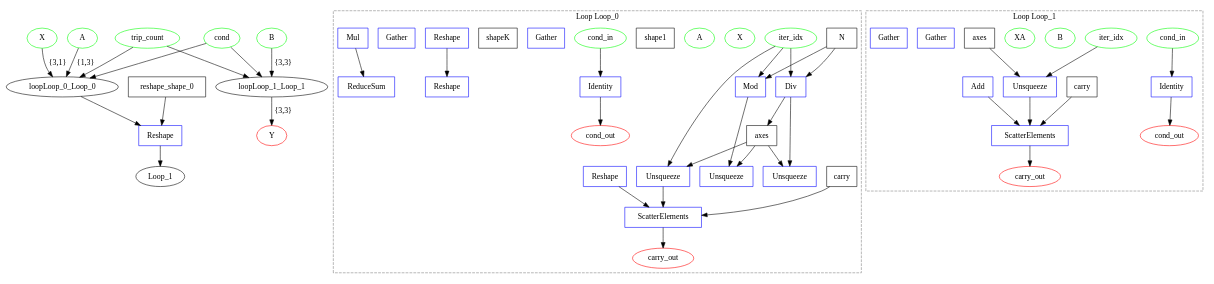
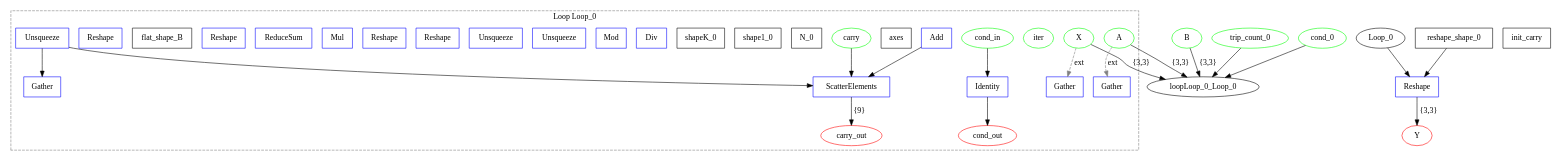
One commit to specs-feup/onnx-flow changed the diagram in examples/onnx/matmuladd_test.dot. Above: the diagram before and after it, drawn with Graphviz. The commit also changed 17 other files, not shown here.

```diff
--- a/examples/onnx/matmuladd_test.dot
+++ b/examples/onnx/matmuladd_test.dot
@@ -1,102 +1,63 @@
 digraph {
   graph [compound=true];
   X [label=X shape=ellipse color="#00FF00"];
   A [label=A shape=ellipse color="#00FF00"];
   B [label=B shape=ellipse color="#00FF00"];
-  Y [label=Y shape=ellipse color="#FF0000"];
-  Reshape_0 -> Loop_1 [label=""];
-  trip_count [label=trip_count shape=ellipse color="#00FF00"];
-  cond [label=cond shape=ellipse color="#00FF00"];
+  reshape_0 [label=Reshape shape=box color="#0000FF"];
+  Loop_0 -> reshape_0 [label=""];
+  reshape_shape_0 [label=reshape_shape_0 shape=box];
+  trip_count_0 [label=trip_count_0 shape=ellipse color="#00FF00"];
+  cond_0 [label=cond_0 shape=ellipse color="#00FF00"];
+  init_carry [label=init_carry shape=box];
   subgraph cluster_loop_Loop_0 {
     graph [rankdir=LR compound=true];
-    loopLoop_0_iter_idx [label=iter_idx shape=ellipse color="#00FF00"];
+    loopLoop_0_iter [label=iter shape=ellipse color="#00FF00"];
     loopLoop_0_cond_in [label=cond_in shape=ellipse color="#00FF00"];
-    loopLoop_0_carry [label=carry shape=box];
-    loopLoop_0_X [label=X shape=ellipse color="#00FF00"];
-    loopLoop_0_A [label=A shape=ellipse color="#00FF00"];
+    loopLoop_0_carry [label=carry shape=ellipse color="#00FF00"];
     loopLoop_0_axes [label=axes shape=box];
-    loopLoop_0_idx_unsq [label=Unsqueeze shape=box color="#0000FF"];
-    loopLoop_0_shape1 [label=shape1 shape=box];
-    loopLoop_0_N [label=N shape=box];
-    loopLoop_0_row [label=Div shape=box color="#0000FF"];
-    loopLoop_0_col [label=Mod shape=box color="#0000FF"];
-    loopLoop_0_rowU [label=Unsqueeze shape=box color="#0000FF"];
-    loopLoop_0_colU [label=Unsqueeze shape=box color="#0000FF"];
-    loopLoop_0_A_row [label=Gather shape=box color="#0000FF"];
-    loopLoop_0_shapeK [label=shapeK shape=box];
-    loopLoop_0_A_vec [label=Reshape shape=box color="#0000FF"];
-    loopLoop_0_B_col [label=Gather shape=box color="#0000FF"];
-    loopLoop_0_B_vec [label=Reshape shape=box color="#0000FF"];
-    loopLoop_0_prod [label=Mul shape=box color="#0000FF"];
-    loopLoop_0_dot [label=ReduceSum shape=box color="#0000FF"];
-    loopLoop_0_dotS [label=Reshape shape=box color="#0000FF"];
+    loopLoop_0_unsq [label=Unsqueeze shape=box color="#0000FF"];
+    loopLoop_0_unsq -> loopLoop_0_g_B_1 [label=""];
+    loopLoop_0_unsq -> loopLoop_0_scatter [label=""];
+    loopLoop_0_N_0 [label=N_0 shape=box];
+    loopLoop_0_shape1_0 [label=shape1_0 shape=box];
+    loopLoop_0_shapeK_0 [label=shapeK_0 shape=box];
+    loopLoop_0_Div_0 [label=Div shape=box color="#0000FF"];
+    loopLoop_0_Mod_0 [label=Mod shape=box color="#0000FF"];
+    loopLoop_0_rowU_0 [label=Unsqueeze shape=box color="#0000FF"];
+    loopLoop_0_colU_0 [label=Unsqueeze shape=box color="#0000FF"];
+    loopLoop_0_g_X_0 [label=Gather shape=box color="#0000FF"];
+    loopLoop_0_g_A_0 [label=Gather shape=box color="#0000FF"];
+    loopLoop_0_reshape_reshapeRow_0 [label=Reshape shape=box color="#0000FF"];
+    loopLoop_0_reshape_reshapeCol_0 [label=Reshape shape=box color="#0000FF"];
+    loopLoop_0_mul_0 [label=Mul shape=box color="#0000FF"];
+    loopLoop_0_reduce_0 [label=ReduceSum shape=box color="#0000FF"];
+    loopLoop_0_reshape_0 [label=Reshape shape=box color="#0000FF"];
+    loopLoop_0_flat_shape_B [label=flat_shape_B shape=box];
+    loopLoop_0_flat_rs_B [label=Reshape shape=box color="#0000FF"];
+    loopLoop_0_g_B_1 [label=Gather shape=box color="#0000FF"];
+    loopLoop_0_Add_1 [label=Add shape=box color="#0000FF"];
+    loopLoop_0_Add_1 -> loopLoop_0_scatter [label=""];
     loopLoop_0_scatter [label=ScatterElements shape=box color="#0000FF"];
-    loopLoop_0_carry_out [label=carry_out shape=ellipse color="#FF0000"];
     loopLoop_0_id_cond [label=Identity shape=box color="#0000FF"];
     loopLoop_0_cond_out [label=cond_out shape=ellipse color="#FF0000"];
-    loopLoop_0_iter_idx -> loopLoop_0_idx_unsq [label=""];
-    loopLoop_0_axes -> loopLoop_0_idx_unsq [label=""];
-    loopLoop_0_iter_idx -> loopLoop_0_row [label=""];
-    loopLoop_0_N -> loopLoop_0_row [label=""];
-    loopLoop_0_iter_idx -> loopLoop_0_col [label=""];
-    loopLoop_0_N -> loopLoop_0_col [label=""];
-    loopLoop_0_row -> loopLoop_0_axes;
-    loopLoop_0_row -> loopLoop_0_rowU [label=""];
-    loopLoop_0_axes -> loopLoop_0_rowU [label=""];
-    loopLoop_0_col -> loopLoop_0_colU [label=""];
-    loopLoop_0_axes -> loopLoop_0_colU [label=""];
-    loopLoop_0_A_vec -> loopLoop_0_B_vec [label=""];
-    loopLoop_0_prod -> loopLoop_0_dot [label=""];
+    loopLoop_0_carry_out [label=carry_out shape=ellipse color="#FF0000"];
     loopLoop_0_carry -> loopLoop_0_scatter [label=""];
-    loopLoop_0_idx_unsq -> loopLoop_0_scatter [label=""];
-    loopLoop_0_dotS -> loopLoop_0_scatter [label=""];
-    loopLoop_0_scatter -> loopLoop_0_carry_out [label=""];
     loopLoop_0_cond_in -> loopLoop_0_id_cond [label=""];
     loopLoop_0_id_cond -> loopLoop_0_cond_out [label=""];
+    loopLoop_0_scatter -> loopLoop_0_carry_out [label="{9}"];
+    X -> loopLoop_0_g_X_0 [style=dashed color=gray label=ext];
+    A -> loopLoop_0_g_A_0 [style=dashed color=gray label=ext];
     graph [label="Loop Loop_0"];
     graph [style=dashed];
     graph [color=gray];
   }
 
-  reshape_shape_0 [label=reshape_shape_0 shape=box];
-  Reshape_0 [label=Reshape shape=box color="#0000FF"];
-  subgraph cluster_loop_Loop_1 {
-    graph [rankdir=LR compound=true];
-    loopLoop_1_iter_idx [label=iter_idx shape=ellipse color="#00FF00"];
-    loopLoop_1_cond_in [label=cond_in shape=ellipse color="#00FF00"];
-    loopLoop_1_carry [label=carry shape=box];
-    loopLoop_1_B [label=B shape=ellipse color="#00FF00"];
-    loopLoop_1_XA [label=XA shape=ellipse color="#00FF00"];
-    loopLoop_1_axes [label=axes shape=box];
-    loopLoop_1_idx_unsq [label=Unsqueeze shape=box color="#0000FF"];
-    loopLoop_1_g_B [label=Gather shape=box color="#0000FF"];
-    loopLoop_1_g_XA [label=Gather shape=box color="#0000FF"];
-    loopLoop_1_Add_1 [label=Add shape=box color="#0000FF"];
-    loopLoop_1_scatter [label=ScatterElements shape=box color="#0000FF"];
-    loopLoop_1_carry_out [label=carry_out shape=ellipse color="#FF0000"];
-    loopLoop_1_id_cond [label=Identity shape=box color="#0000FF"];
-    loopLoop_1_cond_out [label=cond_out shape=ellipse color="#FF0000"];
-    loopLoop_1_iter_idx -> loopLoop_1_idx_unsq [label=""];
-    loopLoop_1_axes -> loopLoop_1_idx_unsq [label=""];
-    loopLoop_1_carry -> loopLoop_1_scatter [label=""];
-    loopLoop_1_idx_unsq -> loopLoop_1_scatter [label=""];
-    loopLoop_1_Add_1 -> loopLoop_1_scatter [label=""];
-    loopLoop_1_scatter -> loopLoop_1_carry_out [label=""];
-    loopLoop_1_cond_in -> loopLoop_1_id_cond [label=""];
-    loopLoop_1_id_cond -> loopLoop_1_cond_out [label=""];
-    graph [label="Loop Loop_1"];
-    graph [style=dashed];
-    graph [color=gray];
-  }
-
-  loopLoop_0_Loop_0 -> Reshape_0 [label="" ltail=cluster_loop_Loop_0];
-  cond -> loopLoop_1_Loop_1 [label="" lhead=cluster_loop_Loop_1];
-  reshape_shape_0 -> Reshape_0 [label=""];
-  A -> loopLoop_0_Loop_0 [label="{1,3}" lhead=cluster_loop_Loop_0];
-  B -> loopLoop_1_Loop_1 [label="{3,3}" lhead=cluster_loop_Loop_1];
-  loopLoop_1_Loop_1 -> Y [label="{3,3}" ltail=cluster_loop_Loop_1];
-  trip_count -> loopLoop_0_Loop_0 [label="" lhead=cluster_loop_Loop_0];
-  cond -> loopLoop_0_Loop_0 [label="" lhead=cluster_loop_Loop_0];
-  X -> loopLoop_0_Loop_0 [label="{3,1}" lhead=cluster_loop_Loop_0];
-  trip_count -> loopLoop_1_Loop_1 [label="" lhead=cluster_loop_Loop_1];
+  Y [label=Y shape=ellipse color="#FF0000"];
+  B -> loopLoop_0_Loop_0 [label="{3,3}" lhead=cluster_loop_Loop_0];
+  reshape_shape_0 -> reshape_0 [label=""];
+  reshape_0 -> Y [label="{3,3}"];
+  trip_count_0 -> loopLoop_0_Loop_0 [label="" lhead=cluster_loop_Loop_0];
+  cond_0 -> loopLoop_0_Loop_0 [label="" lhead=cluster_loop_Loop_0];
+  X -> loopLoop_0_Loop_0 [label="{3,3}" lhead=cluster_loop_Loop_0];
+  A -> loopLoop_0_Loop_0 [label="{3,3}" lhead=cluster_loop_Loop_0];
 }
```
